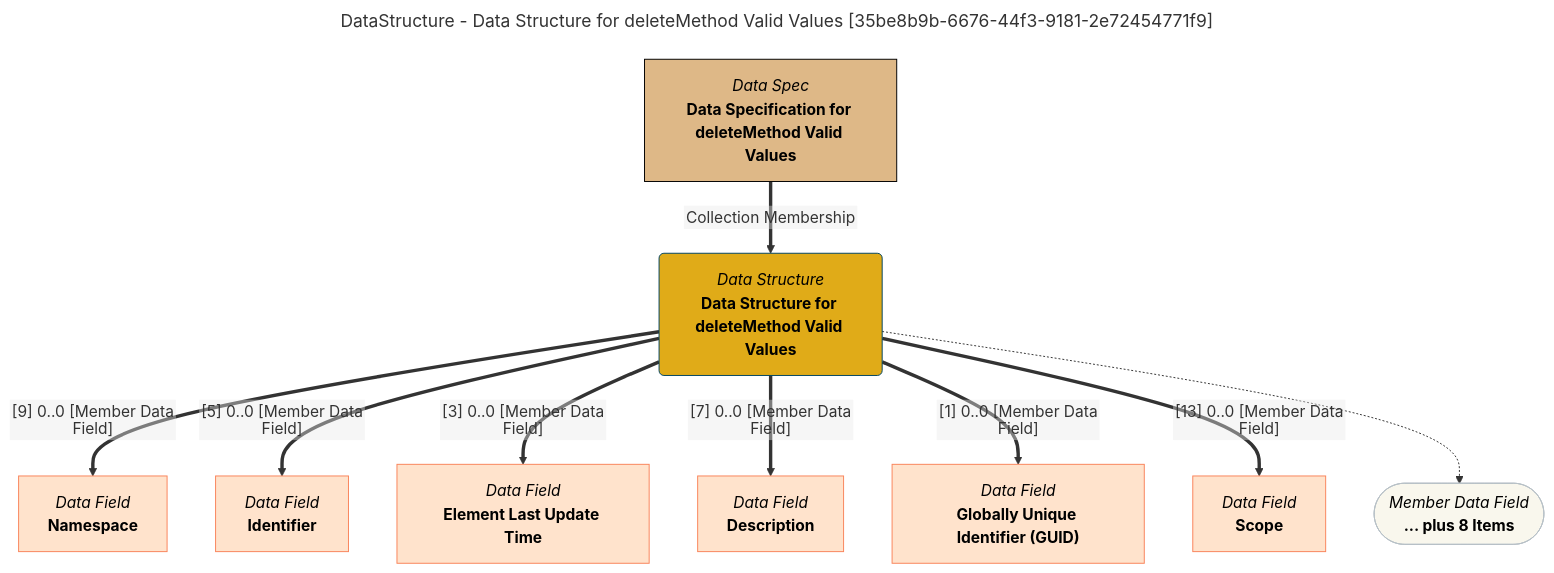
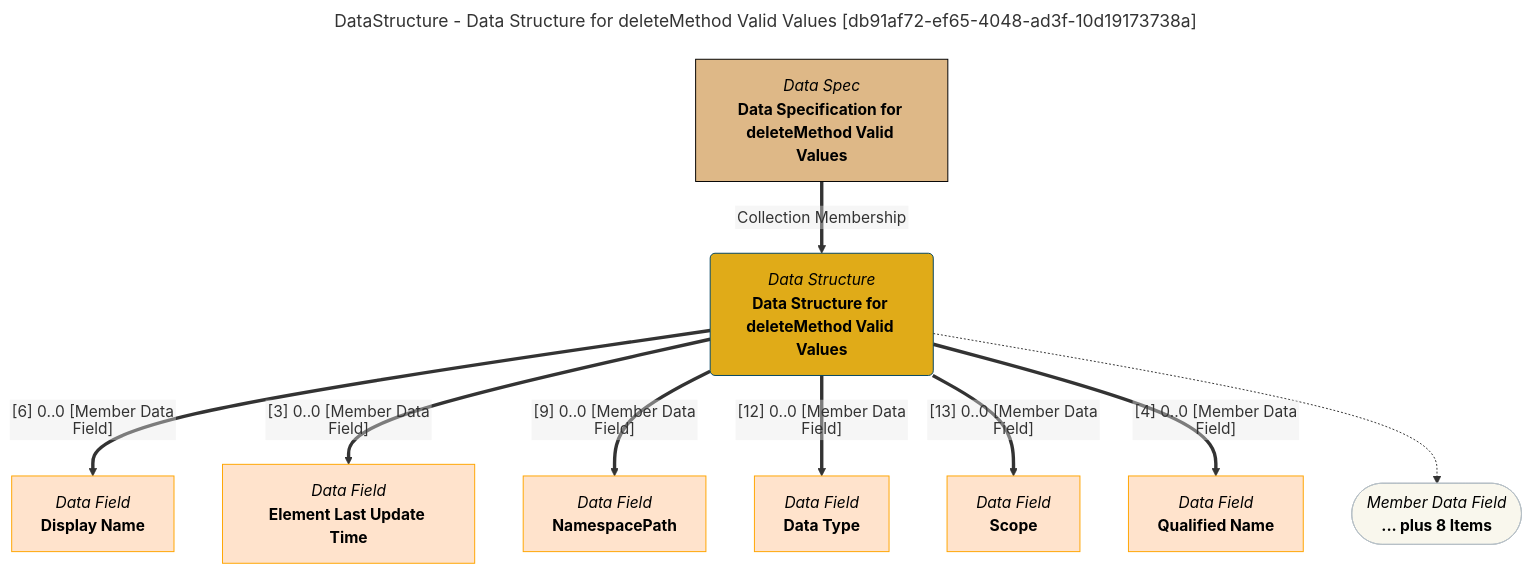
Before and after one commit to odpi/egeria-docs: the diagram in site/snippets/data-structures/data-structure-for-deletemethod-valid-values-mermaid-graph.md, drawn with Mermaid. The commit also changed 2201 other files, not shown here.

````diff
--- a/site/snippets/data-structures/data-structure-for-deletemethod-valid-values-mermaid-graph.md
+++ b/site/snippets/data-structures/data-structure-for-deletemethod-valid-values-mermaid-graph.md
@@ -1,43 +1,43 @@
 ```mermaid
 ---
-title: DataStructure - Data Structure for deleteMethod Valid Values [35be8b9b-6676-44f3-9181-2e72454771f9]
+title: DataStructure - Data Structure for deleteMethod Valid Values [db91af72-ef65-4048-ad3f-10d19173738a]
 ---
 flowchart TD
 %%{init: {"flowchart": {"htmlLabels": false}} }%%
 
 1@{ shape: rounded, label: "*Data Structure*
 **Data Structure for deleteMethod Valid Values**"}
 2@{ shape: rect, label: "*Data Spec*
 **Data Specification for deleteMethod Valid Values**"}
 2==>|"Collection Membership"|1
 3@{ shape: rect, label: "*Data Field*
-**Namespace**"}
-1==>|"[9] 0..0 [Member Data Field]"|3
+**Display Name**"}
+1==>|"[6] 0..0 [Member Data Field]"|3
 4@{ shape: rect, label: "*Data Field*
-**Identifier**"}
-1==>|"[5] 0..0 [Member Data Field]"|4
+**Element Last Update Time**"}
+1==>|"[3] 0..0 [Member Data Field]"|4
 5@{ shape: rect, label: "*Data Field*
-**Element Last Update Time**"}
-1==>|"[3] 0..0 [Member Data Field]"|5
+**NamespacePath**"}
+1==>|"[9] 0..0 [Member Data Field]"|5
 6@{ shape: rect, label: "*Data Field*
-**Description**"}
-1==>|"[7] 0..0 [Member Data Field]"|6
+**Data Type**"}
+1==>|"[12] 0..0 [Member Data Field]"|6
 7@{ shape: rect, label: "*Data Field*
-**Globally Unique Identifier (GUID)**"}
-1==>|"[1] 0..0 [Member Data Field]"|7
+**Scope**"}
+1==>|"[13] 0..0 [Member Data Field]"|7
 8@{ shape: rect, label: "*Data Field*
-**Scope**"}
-1==>|"[13] 0..0 [Member Data Field]"|8
+**Qualified Name**"}
+1==>|"[4] 0..0 [Member Data Field]"|8
 9@{ shape: stadium, label: "*Member Data Field*
 **... plus 8 Items**"}
 1-.->9
 style 1 color:#000000, fill:#e0ab18, stroke:#004563
-style 2 color:#000000, fill:#deb887, stroke:#000000
-style 3 color:#000000, fill:#ffe3cc, stroke:#f9845b
-style 4 color:#000000, fill:#ffe3cc, stroke:#f9845b
-style 5 color:#000000, fill:#ffe3cc, stroke:#f9845b
-style 6 color:#000000, fill:#ffe3cc, stroke:#f9845b
-style 7 color:#000000, fill:#ffe3cc, stroke:#f9845b
-style 8 color:#000000, fill:#ffe3cc, stroke:#f9845b
+style 2 color:#000000, fill:#DEB887, stroke:#000000
+style 3 color:#000000, fill:#ffe3cc, stroke:#FFA500
+style 4 color:#000000, fill:#ffe3cc, stroke:#FFA500
+style 5 color:#000000, fill:#ffe3cc, stroke:#FFA500
+style 6 color:#000000, fill:#ffe3cc, stroke:#FFA500
+style 7 color:#000000, fill:#ffe3cc, stroke:#FFA500
+style 8 color:#000000, fill:#ffe3cc, stroke:#FFA500
 style 9 color:#000000, fill:#F9F7ED, stroke:#b7c0c7
 ```
````
